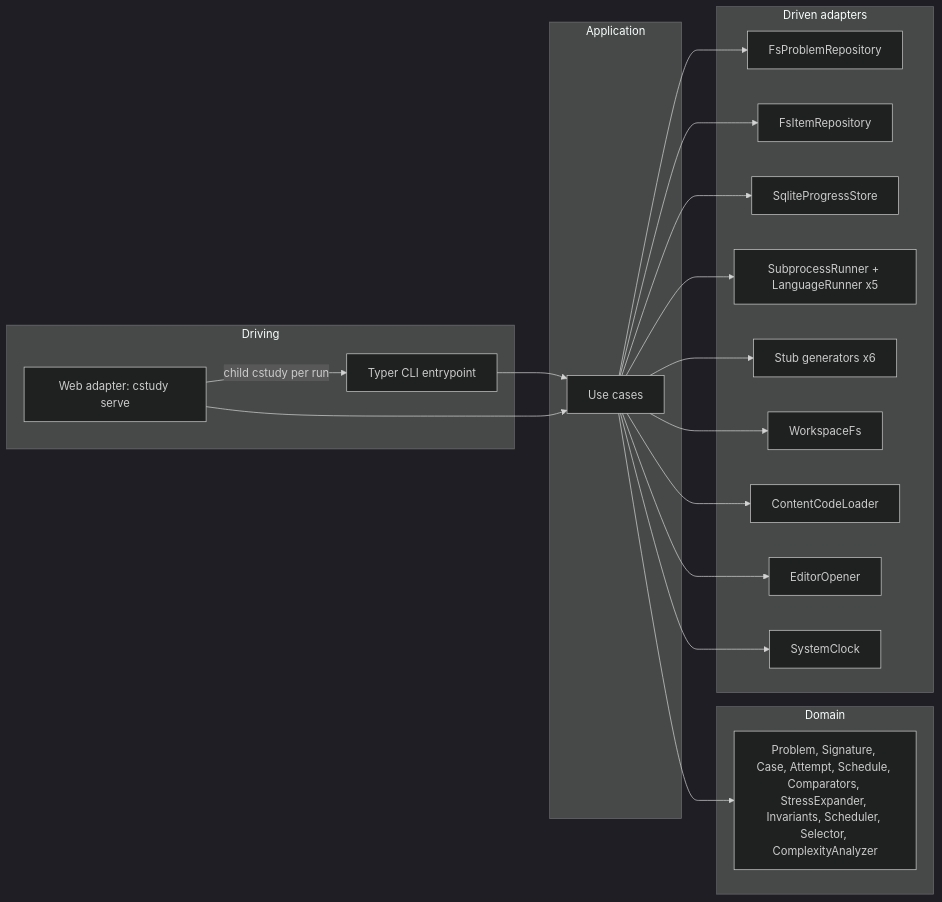
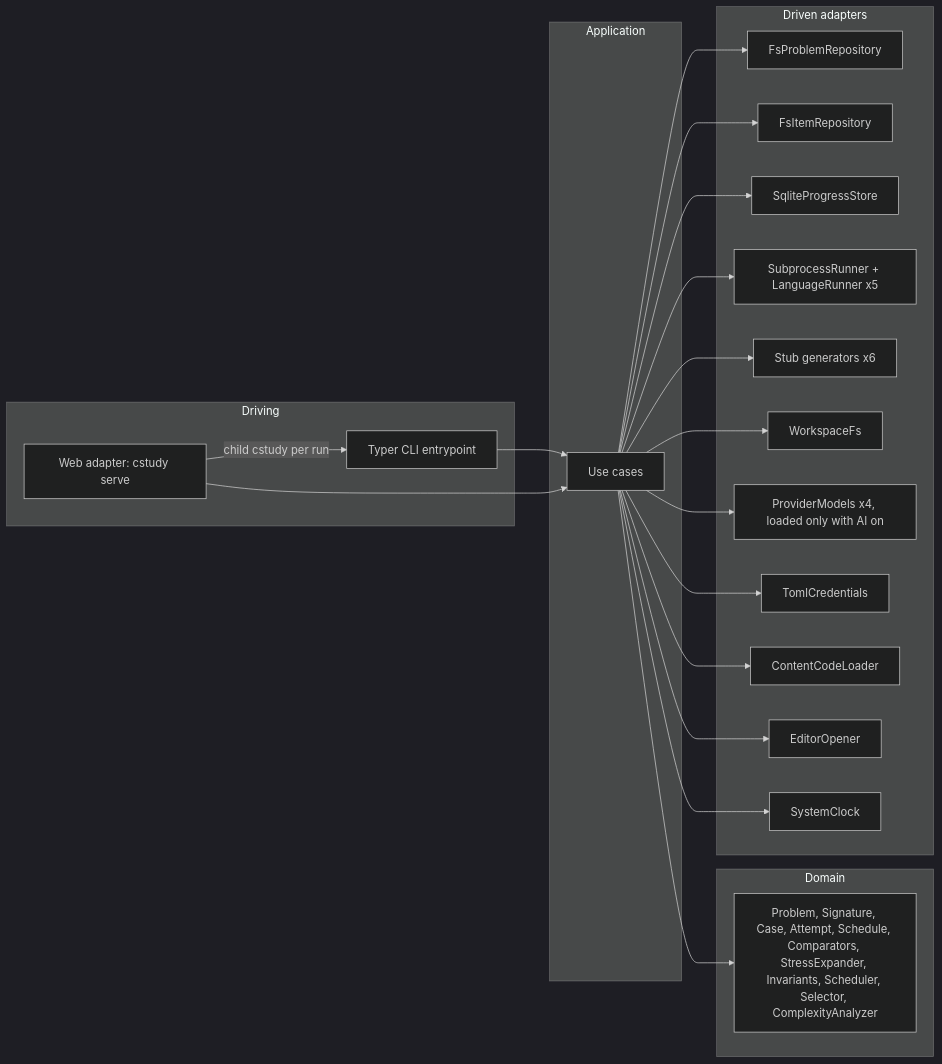
The first of 4 diagrams in docs/architecture.md (bkuberek/coding-study), drawn with Mermaid (dark theme) before and after one commit. The commit also changed other lines of this file and 15 other files, not shown here.

````diff
--- a/docs/architecture.md
+++ b/docs/architecture.md
@@ -23,28 +24,30 @@
 ```mermaid
 flowchart LR
   subgraph Driving
     CLI[Typer CLI entrypoint]
     WEB[Web adapter: cstudy serve]
   end
   subgraph Application
     UC[Use cases]
   end
   subgraph Domain
     D[Problem, Signature, Case, Attempt, Schedule, Comparators, StressExpander, Invariants, Scheduler, Selector, ComplexityAnalyzer]
   end
   subgraph Driven adapters
     FS[FsProblemRepository]
     IT[FsItemRepository]
     DB[SqliteProgressStore]
     RUN[SubprocessRunner + LanguageRunner x5]
     GEN[Stub generators x6]
     WS[WorkspaceFs]
+    AI[ProviderModels x4, loaded only with AI on]
+    CRED[TomlCredentials]
     PY[ContentCodeLoader]
     ED[EditorOpener]
     CLK[SystemClock]
   end
   CLI --> UC --> D
   WEB --> UC
   WEB -->|child cstudy per run| CLI
-  UC --> FS & IT & DB & RUN & GEN & WS & PY & ED & CLK
+  UC --> FS & IT & DB & RUN & GEN & WS & PY & ED & CLK & AI & CRED
 ```
````
